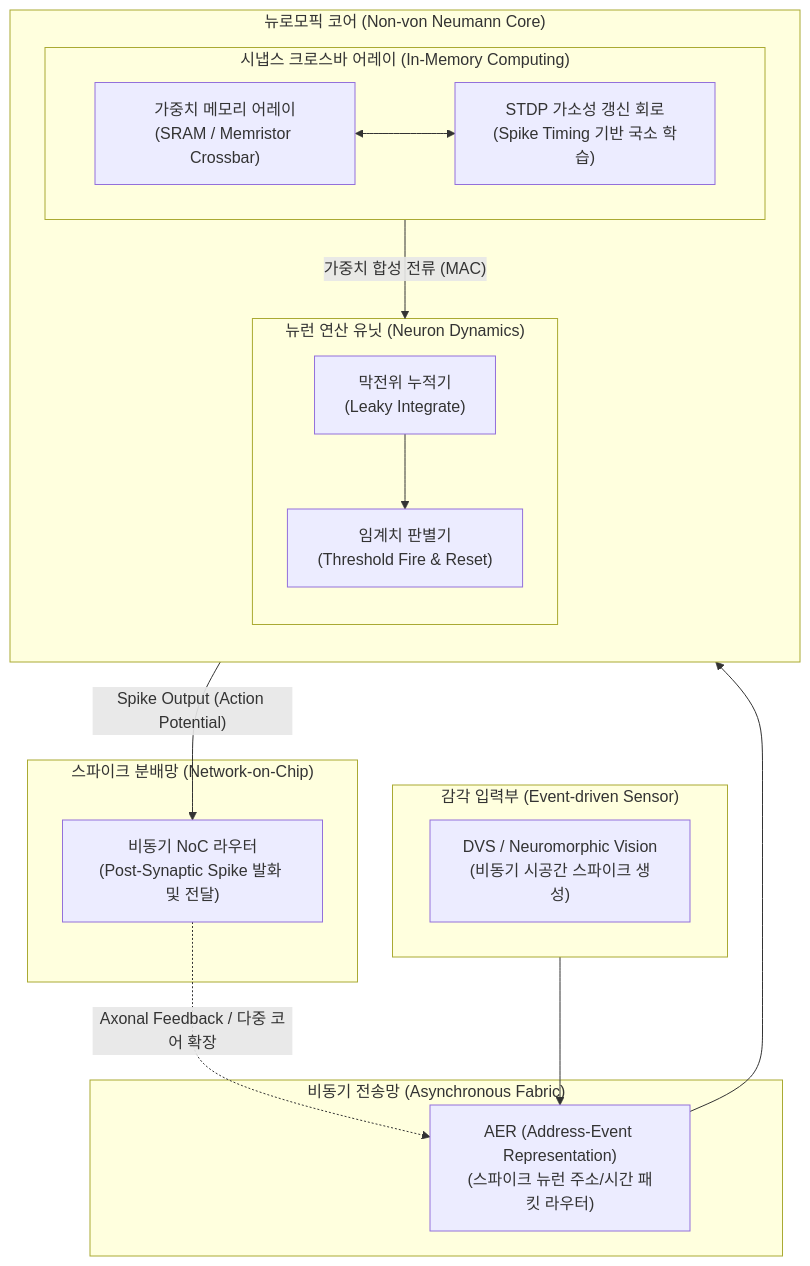
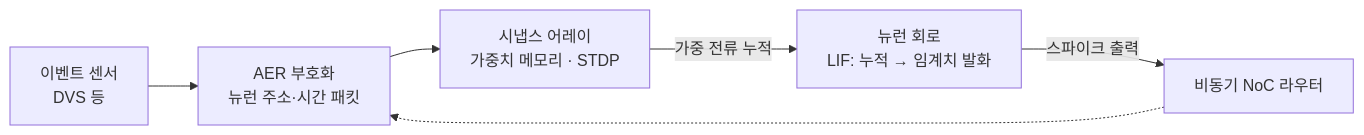
One commit to supremethumb/supremethumb.github.io changed the diagram in content/01_IT Tech/뉴로모픽 칩.md. Above: the diagram before and after it, drawn with Mermaid. The commit also changed other lines of this file and 1087 other files, not shown here.

````diff
--- a/content/01_IT Tech/뉴로모픽 칩.md
+++ b/content/01_IT Tech/뉴로모픽 칩.md
@@ -21,36 +36,8 @@
 ```mermaid
-flowchart TB
-    subgraph SENSOR["감각 입력부 (Event-driven Sensor)"]
-        DVS["DVS / Neuromorphic Vision<br/>(비동기 시공간 스파이크 생성)"]
-    end
-
-    subgraph INTERCONNECT["비동기 전송망 (Asynchronous Fabric)"]
-        AER["AER (Address-Event Representation)<br/>(스파이크 뉴런 주소/시간 패킷 라우터)"]
-    end
-
-    subgraph NEURO_CORE["뉴로모픽 코어 (Non-von Neumann Core)"]
-        direction TB
-        subgraph SYNAPSE_UNIT["시냅스 크로스바 어레이 (In-Memory Computing)"]
-            MEM["가중치 메모리 어레이<br/>(SRAM / Memristor Crossbar)"]
-            STDP["STDP 가소성 갱신 회로<br/>(Spike Timing 기반 국소 학습)"]
-            MEM <--> STDP
-        end
-
-        subgraph NEURON_UNIT["뉴런 연산 유닛 (Neuron Dynamics)"]
-            ACC["막전위 누적기<br/>(Leaky Integrate)"]
-            CMP["임계치 판별기<br/>(Threshold Fire & Reset)"]
-            ACC --> CMP
-        end
-
-        SYNAPSE_UNIT -- "가중치 합성 전류 (MAC)" --> NEURON_UNIT
-    end
-
-    subgraph ROUTER["스파이크 분배망 (Network-on-Chip)"]
-        NOC["비동기 NoC 라우터<br/>(Post-Synaptic Spike 발화 및 전달)"]
-    end
-
-    SENSOR --> AER
-    AER --> SYNAPSE_UNIT
-    CMP -- "Spike Output (Action Potential)" --> NOC
-    NOC -. "Axonal Feedback / 다중 코어 확장" .-> AER
+flowchart LR
+    S["이벤트 센서<br/>DVS 등"] --> AER["AER 부호화<br/>뉴런 주소·시간 패킷"]
+    AER --> SYN["시냅스 어레이<br/>가중치 메모리 · STDP"]
+    SYN -- "가중 전류 누적" --> NEU["뉴런 회로<br/>LIF: 누적 → 임계치 발화"]
+    NEU -- "스파이크 출력" --> NOC["비동기 NoC 라우터"]
+    NOC -.-> AER
 ```
````
